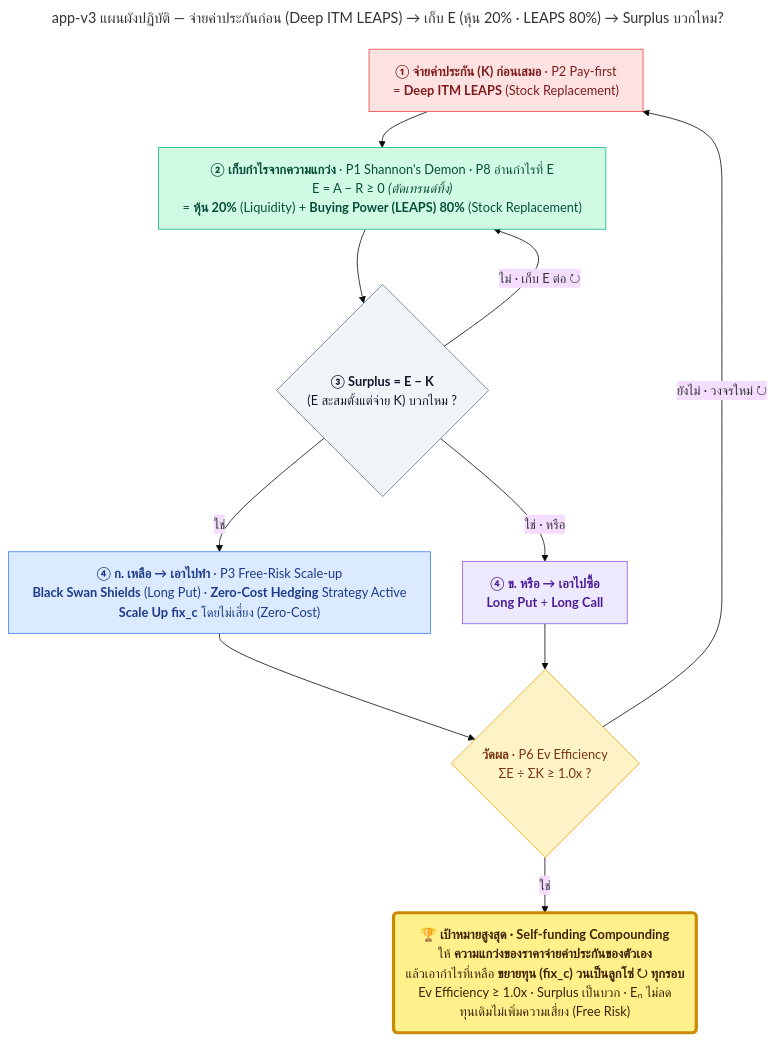
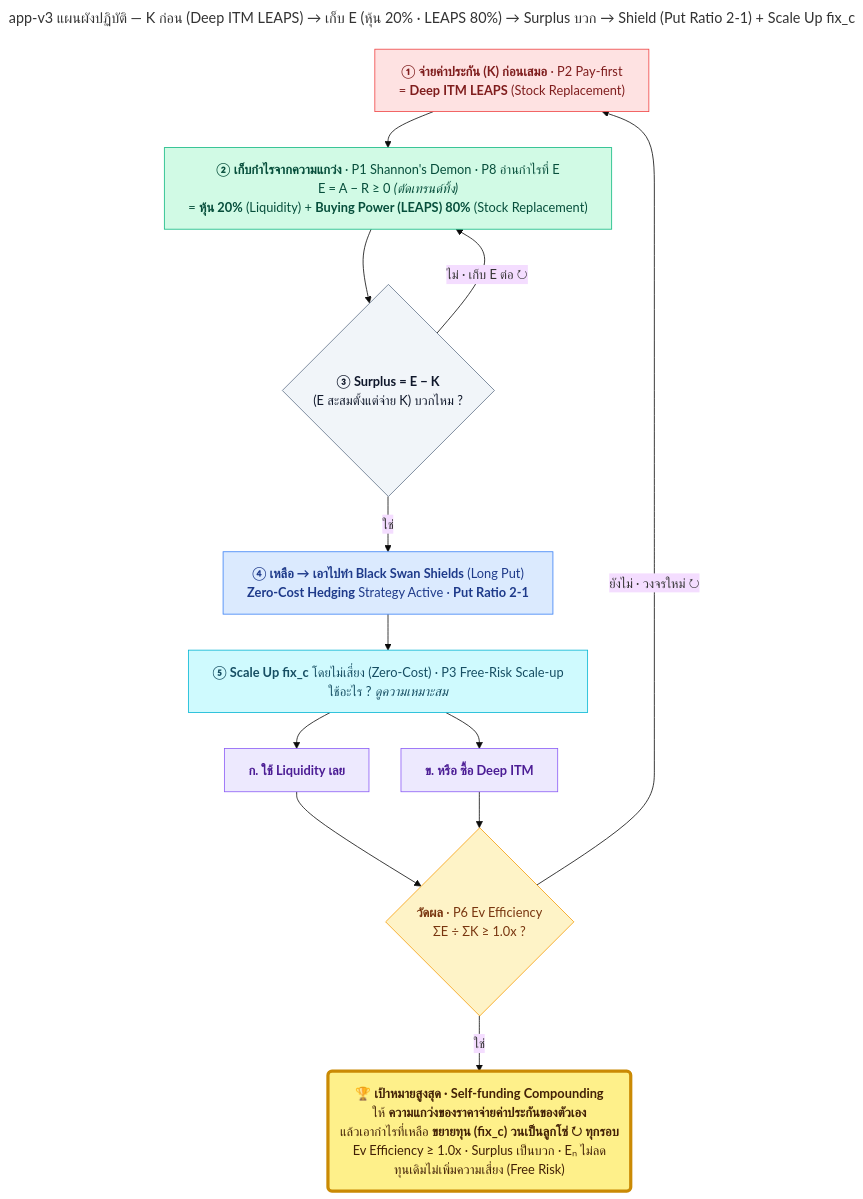
One commit to firstnattapon/super_app changed the diagram in app_v3_playbook.mmd. Above: the diagram before and after it, drawn with Mermaid (base theme). The commit also changed 1 other file, not shown here.

First paragraph of the commit message:
app_v3_playbook.mmd: Put Ratio 2-1 shield, then Scale Up fix_c with Liquidity or a Deep ITM
The playbook now follows the refined principle:

```diff
--- a/app_v3_playbook.mmd
+++ b/app_v3_playbook.mmd
@@ -1,63 +1,70 @@
 ---
-title: 'app-v3 แผนผังปฏิบัติ — จ่ายค่าประกันก่อน (Deep ITM LEAPS) → เก็บ E (หุ้น 20% · LEAPS 80%) → Surplus บวกไหม?'
+title: 'app-v3 แผนผังปฏิบัติ — K ก่อน (Deep ITM LEAPS) → เก็บ E (หุ้น 20% · LEAPS 80%) → Surplus บวก → Shield (Put Ratio 2-1) + Scale Up fix_c'
 config:
   flowchart:
     wrappingWidth: 560
     nodeSpacing: 40
     rankSpacing: 45
 ---
 %% ═══════════════════════════════════════════════════════════════════════════════
 %% app_v3_playbook.mmd — หลักการเดียวกับ app_v2_minimal.mmd แต่บอกว่า "ลงมือด้วยเครื่องมืออะไร"
-%% เป้าหมายเหมือนเดิมทุกตัวอักษร · 3 ขั้น + 1 คำถาม + 1 เช็ก (7 node)
+%% เป้าหมายเหมือนเดิมทุกตัวอักษร · 3 ขั้น + 1 คำถาม + 1 เช็ก
 %% ·
 %% วงจร:  ① จ่าย K ก่อน → ② เก็บ E ไปเรื่อยๆ → ③ Surplus = E − K บวกไหม?
 %%        ไม่  → กลับไปเก็บ E ต่อ (ไม่ต้องจ่าย K ซ้ำ)
-%%        ใช่  → เอาส่วนที่เหลือไปใช้ (ก. หรือ ข.) แล้วเริ่มวงจรใหม่ที่ ①
+%%        ใช่  → ④ ทำ Black Swan Shields (Put Ratio 2-1) โดย ⑤ Scale Up fix_c แล้วเริ่มวงจรใหม่ที่ ①
 %% ·
 %%   นามธรรม (app_v2_minimal.mmd · app-v3)       →  เครื่องมือจริง (แผนผังนี้)
 %%   K  จ่ายเบี้ยก่อน (P2 Pay-first)              →  ① Deep ITM LEAPS (Stock Replacement)
 %%   E  เก็บกำไรจากความแกว่ง (P1 · P8)            →  ② หุ้น 20% (Liquidity) + Buying Power (LEAPS) 80% (Stock Replacement)
 %%   S  Surplus = E − K บวกไหม?                    →  ③ เหมือนเดิม
-%%   โต c′ = c + Surplus (P3 Free-Risk Scale-up)   →  ④ ก. Black Swan Shields (Long Put) · Zero-Cost Hedging Strategy Active
-%%                                                        + Scale Up fix_c โดยไม่เสี่ยง (Zero-Cost)   หรือ   ข. Long Put + Long Call
+%%   (ส่วนที่เหลือ)                                →  ④ Black Swan Shields (Long Put) · Zero-Cost Hedging Strategy Active · Put Ratio 2-1
+%%   โต c′ = c + Surplus (P3 Free-Risk Scale-up)   →  ⑤ Scale Up fix_c โดยไม่เสี่ยง (Zero-Cost) — ใช้ Liquidity เลย หรือ ซื้อ Deep ITM ก็ได้ ดูความเหมาะสม
 %%   ไม่เหลือ                                      →  กลับไปเก็บ E ต่อ
-%%   วัดผล Ev Efficiency = ΣE ÷ ΣK (P6)           →  เช็กหลังใช้ส่วนที่เหลือ ถึง 1.0x = ถึงเป้าหมาย · ยังไม่ถึง = วงจรใหม่
+%%   วัดผล Ev Efficiency = ΣE ÷ ΣK (P6)           →  เช็กหลัง Scale Up ถึง 1.0x = ถึงเป้าหมาย · ยังไม่ถึง = วงจรใหม่
 %% ·
 %% หมายเหตุ
 %%  · E = A − R (สมการ LEGO: A = เงินสดจากการ rebalance · R = เส้นอ้างอิงตามเทรนด์) ≥ 0 เสมอ — ถ้าเขียน R − A จะติดลบเสมอ
 %%  · ลำดับในแผนผังนี้คือ "ลำดับลงมือ" (จ่าย K ก่อน แล้วค่อยเก็บ E) · E ใน ③ คือ E ที่สะสมตั้งแต่จ่าย K
-%%  · หุ้น 20% + LEAPS 80% = 100% ของ exposure ที่ถืออยู่
+%%  · หุ้น 20% + LEAPS 80% = 100% ของ exposure ที่ถืออยู่ · "Deep ITM" ใน ⑤ คือ Deep ITM เดียวกับ ① (LEAPS)
+%%  · Put Ratio 2-1 เขียนตามที่ระบุ — ยังไม่กำหนดฝั่งซื้อ/ขายและ strike (เลือกเมื่อลงมือจริง)
 %% ═══════════════════════════════════════════════════════════════════════════════
 flowchart TB
 
   K["<b>① จ่ายค่าประกัน (K) ก่อนเสมอ</b> · P2 Pay-first<br/>= <b>Deep ITM LEAPS</b> (Stock Replacement)"]
   E["<b>② เก็บกำไรจากความแกว่ง</b> · P1 Shannon's Demon · P8 อ่านกำไรที่ E<br/>E = A − R ≥ 0 <i>(ตัดเทรนด์ทิ้ง)</i><br/>= <b>หุ้น 20%</b> (Liquidity) + <b>Buying Power (LEAPS) 80%</b> (Stock Replacement)"]
   D{"<b>③ Surplus = E − K</b><br/>(E สะสมตั้งแต่จ่าย K) บวกไหม ?"}
-  A["<b>④ ก. เหลือ → เอาไปทำ</b> · P3 Free-Risk Scale-up<br/><b>Black Swan Shields</b> (Long Put) · <b>Zero-Cost Hedging</b> Strategy Active<br/><b>Scale Up fix_c</b> โดยไม่เสี่ยง (Zero-Cost)"]
-  B["<b>④ ข. หรือ → เอาไปซื้อ</b><br/><b>Long Put</b> + <b>Long Call</b>"]
+  A["<b>④ เหลือ → เอาไปทำ Black Swan Shields</b> (Long Put)<br/><b>Zero-Cost Hedging</b> Strategy Active · <b>Put Ratio 2-1</b>"]
+  S["<b>⑤ Scale Up fix_c</b> โดยไม่เสี่ยง (Zero-Cost) · P3 Free-Risk Scale-up<br/>ใช้อะไร ? <i>ดูความเหมาะสม</i>"]
+  L["<b>ก. ใช้ Liquidity เลย</b>"]
+  I["<b>ข. หรือ ซื้อ Deep ITM</b>"]
   Q{"<b>วัดผล</b> · P6 Ev Efficiency<br/>ΣE ÷ ΣK ≥ 1.0x ?"}
   GOAL("🏆 <b>เป้าหมายสูงสุด · Self-funding Compounding</b><br/>ให้ <b>ความแกว่งของราคาจ่ายค่าประกันของตัวเอง</b><br/>แล้วเอากำไรที่เหลือ <b>ขยายทุน (fix_c) วนเป็นลูกโซ่ ↻ ทุกรอบ</b><br/>Ev Efficiency ≥ 1.0x · Surplus เป็นบวก · Eₙ ไม่ลด<br/>ทุนเดิมไม่เพิ่มความเสี่ยง (Free Risk)")
 
   K --> E --> D
   D -->|ใช่| A
-  D -->|ใช่ · หรือ| B
   D -->|ไม่ · เก็บ E ต่อ ↻| E
-  A --> Q
-  B --> Q
+  A --> S
+  S --> L
+  S --> I
+  L --> Q
+  I --> Q
   Q -->|ใช่| GOAL
   Q -->|ยังไม่ · วงจรใหม่ ↻| K
 
   classDef cost fill:#fee2e2,stroke:#ef4444,color:#7f1d1d
   classDef money fill:#d1fae5,stroke:#10b981,color:#064e3b
   classDef dec fill:#f1f5f9,stroke:#64748b,color:#0f172a
   classDef shield fill:#dbeafe,stroke:#3b82f6,color:#1e3a8a
+  classDef scale fill:#cffafe,stroke:#06b6d4,color:#164e63
   classDef alt fill:#ede9fe,stroke:#8b5cf6,color:#4c1d95
   classDef score fill:#fef3c7,stroke:#f59e0b,color:#78350f
   classDef goal fill:#fef08a,stroke:#ca8a04,stroke-width:4px,color:#422006
   class K cost
   class E money
   class D dec
   class A shield
-  class B alt
+  class S scale
+  class L,I alt
   class Q score
   class GOAL goal
```
